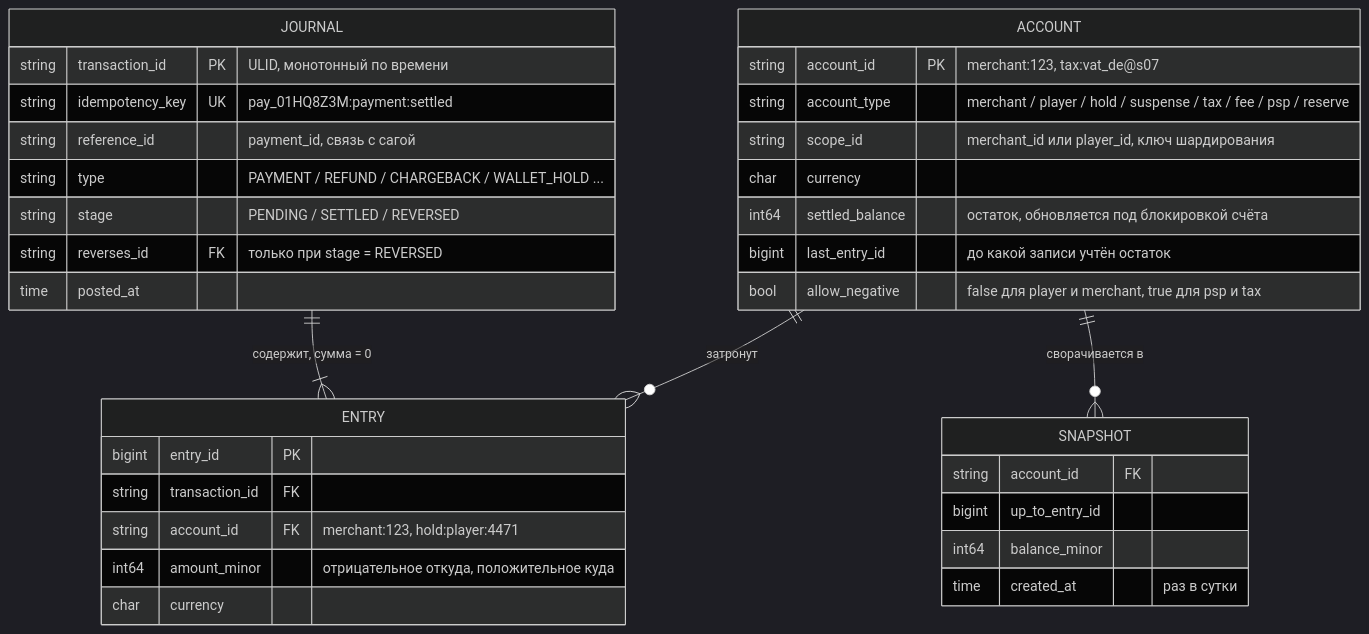
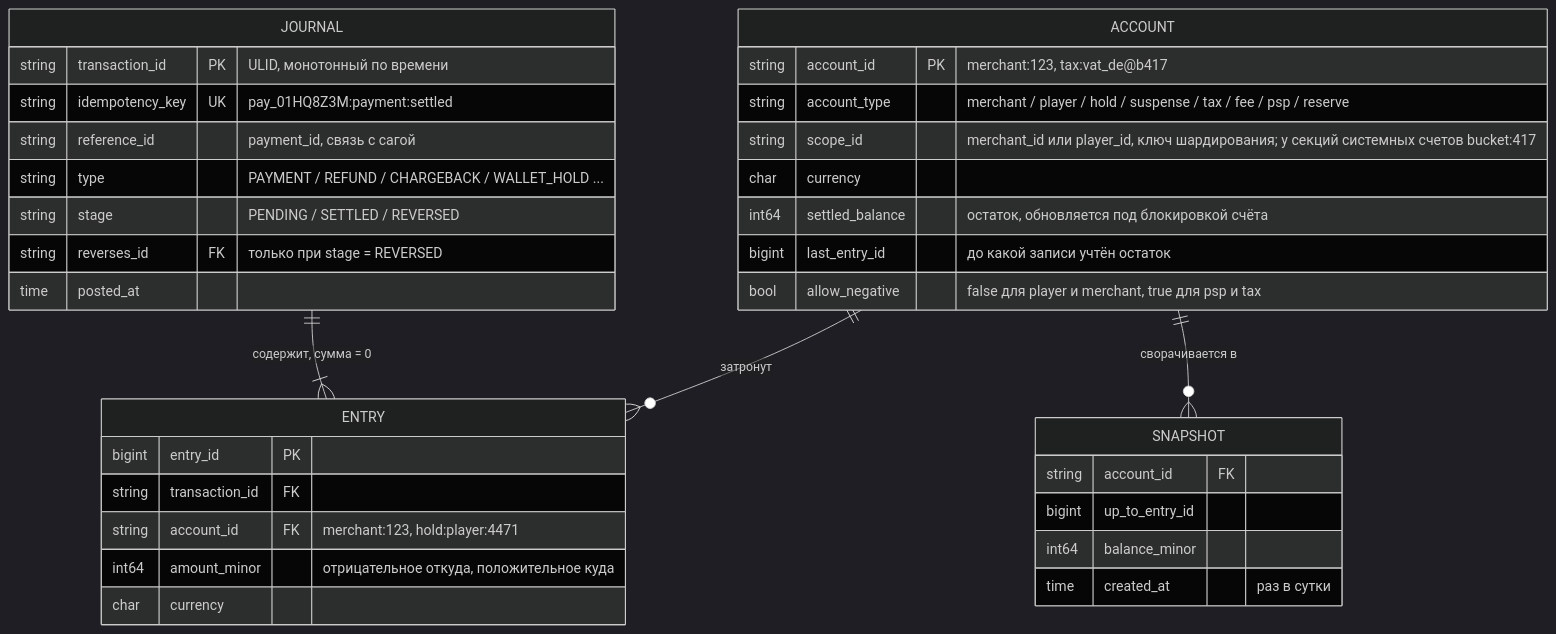
Before and after one commit to hebgehogg/system-design-otus: the second of 5 diagrams in hw_03/solution/README.md, drawn with Mermaid (dark theme). The commit also changed other lines of this file and 3 other files, not shown here.

````diff
--- a/hw_03/solution/README.md
+++ b/hw_03/solution/README.md
@@ -119,38 +131,38 @@
 ```mermaid
 erDiagram
     JOURNAL ||--|{ ENTRY : "содержит, сумма = 0"
     ACCOUNT ||--o{ ENTRY : "затронут"
     ACCOUNT ||--o{ SNAPSHOT : "сворачивается в"
 
     JOURNAL {
         string  transaction_id   PK "ULID, монотонный по времени"
         string  idempotency_key  UK "pay_01HQ8Z3M:payment:settled"
         string  reference_id        "payment_id, связь с сагой"
         string  type                "PAYMENT / REFUND / CHARGEBACK / WALLET_HOLD ..."
         string  stage               "PENDING / SETTLED / REVERSED"
         string  reverses_id      FK "только при stage = REVERSED"
         time    posted_at
     }
     ENTRY {
         bigint  entry_id         PK
         string  transaction_id   FK
         string  account_id       FK "merchant:123, hold:player:4471"
         int64   amount_minor        "отрицательное откуда, положительное куда"
         char    currency
     }
     ACCOUNT {
-        string  account_id       PK "merchant:123, tax:vat_de@s07"
+        string  account_id       PK "merchant:123, tax:vat_de@b417"
         string  account_type        "merchant / player / hold / suspense / tax / fee / psp / reserve"
-        string  scope_id            "merchant_id или player_id, ключ шардирования"
+        string  scope_id            "merchant_id или player_id, ключ шардирования; у секций системных счетов bucket:417"
         char    currency
         int64   settled_balance     "остаток, обновляется под блокировкой счёта"
         bigint  last_entry_id       "до какой записи учтён остаток"
         bool    allow_negative      "false для player и merchant, true для psp и tax"
     }
     SNAPSHOT {
         string  account_id       FK
         bigint  up_to_entry_id
         int64   balance_minor
         time    created_at          "раз в сутки"
     }
 ```
````
